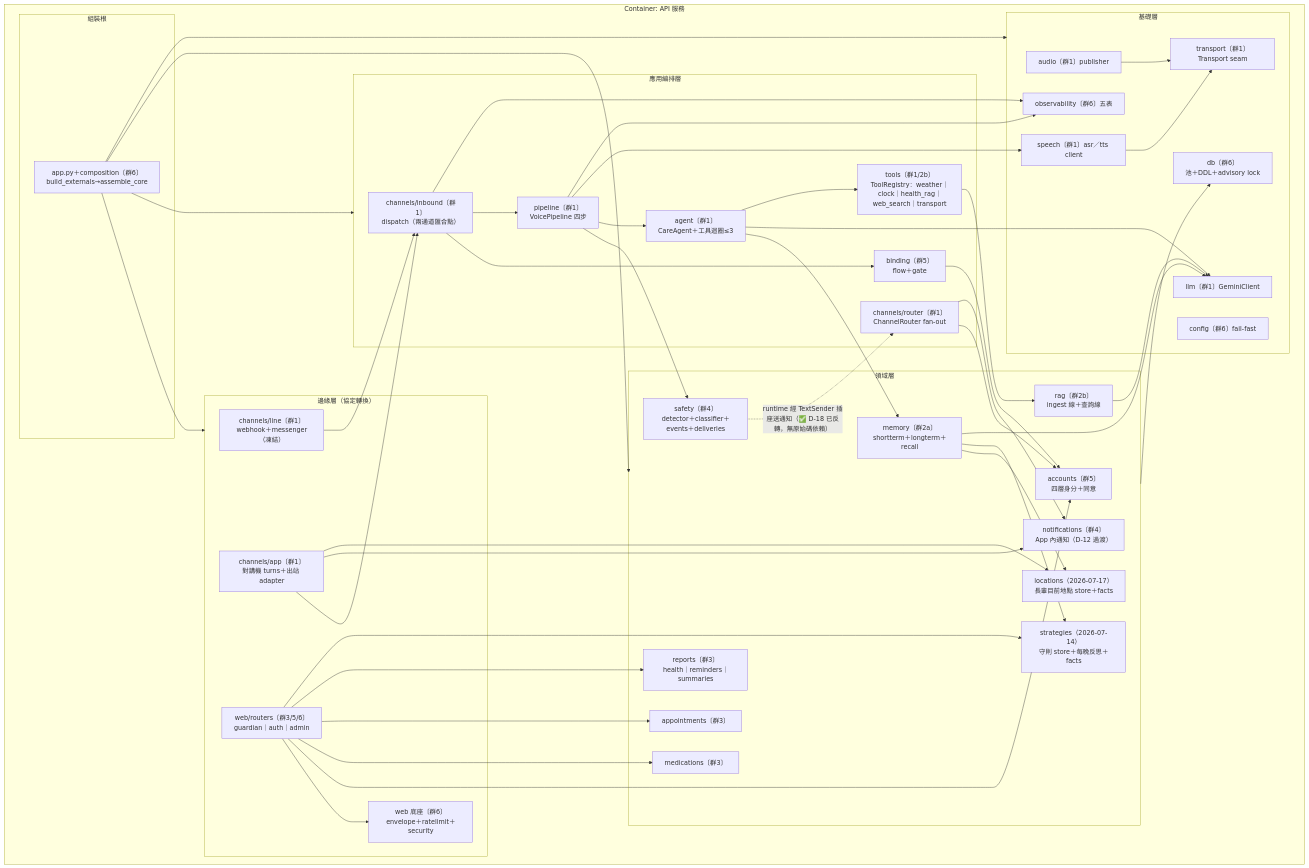
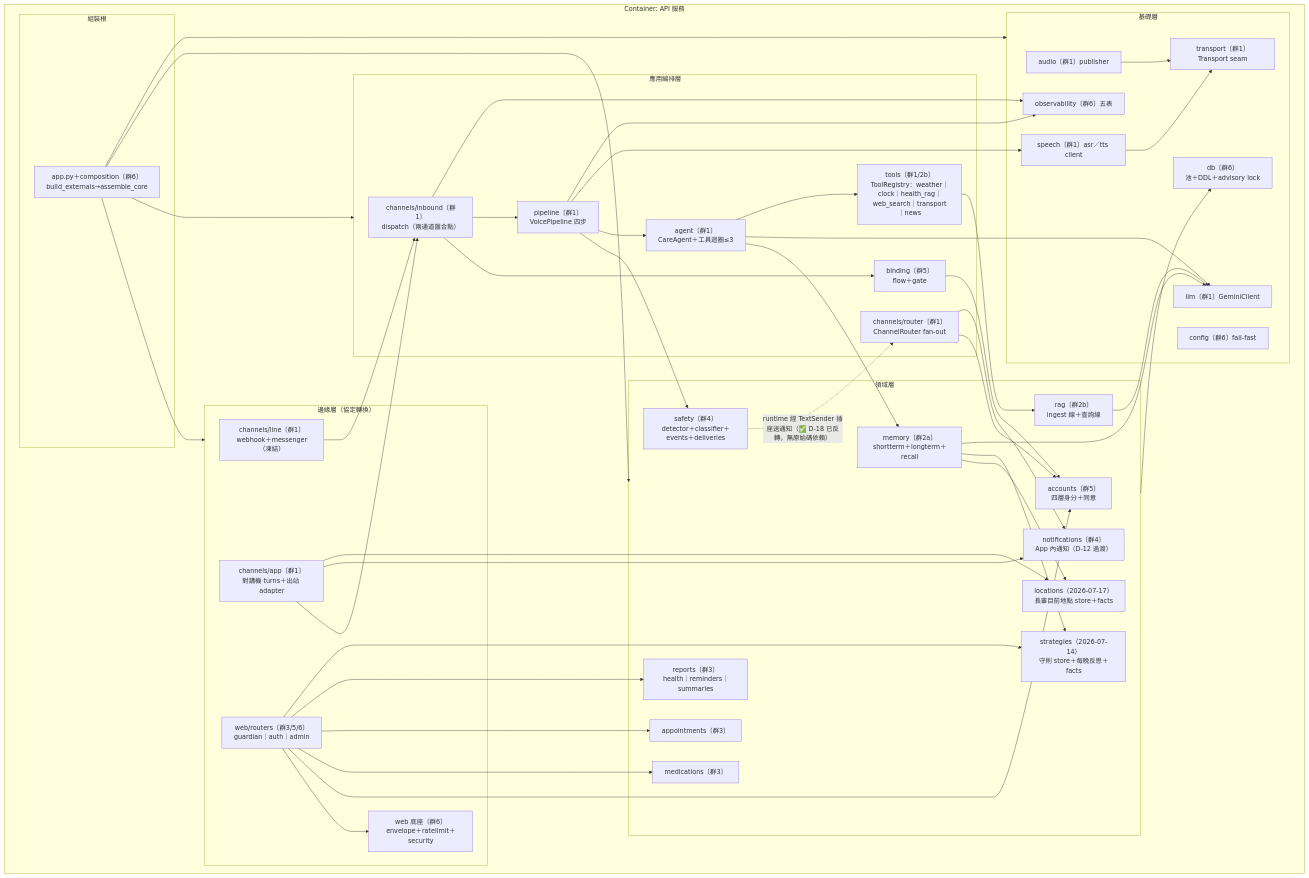
The fourth of 11 diagrams in docs/dev/05_架構與設計.md (leo53021313/kinsun), drawn with Mermaid before and after one commit. The commit also changed other lines of this file and 3 other files, not shown here.

````diff
--- a/docs/dev/05_架構與設計.md
+++ b/docs/dev/05_架構與設計.md
@@ -167,73 +167,73 @@
 ```mermaid
 flowchart TD
     subgraph container["Container: API 服務"]
         subgraph root["組裝根"]
             comp["app.py＋composition〔群6〕<br/>build_externals→assemble_core"]
         end
         subgraph edge["邊緣層（協定轉換）"]
             linech["channels/line〔群1〕<br/>webhook＋messenger（凍結）"]
             appch["channels/app〔群1〕<br/>對講機 turns＋出站 adapter"]
             webapi["web/routers〔群3/5/6〕<br/>guardian｜auth｜admin"]
             webbase["web 底座〔群6〕<br/>envelope＋ratelimit＋security"]
         end
         subgraph orch["應用編排層"]
             inbound["channels/inbound〔群1〕<br/>dispatch（兩通道匯合點）"]
             pipeline["pipeline〔群1〕<br/>VoicePipeline 四步"]
             agent["agent〔群1〕<br/>CareAgent＋工具迴圈≤3"]
-            tools["tools〔群1/2b〕<br/>ToolRegistry：weather｜clock｜health_rag｜web_search｜transport"]
+            tools["tools〔群1/2b〕<br/>ToolRegistry：weather｜clock｜health_rag｜web_search｜transport｜news"]
             router["channels/router〔群1〕<br/>ChannelRouter fan-out"]
             binding["binding〔群5〕<br/>flow＋gate"]
         end
         subgraph domain["領域層"]
             accounts["accounts〔群5〕<br/>四層身分＋同意"]
             meds["medications〔群3〕"]
             appts["appointments〔群3〕"]
             reports["reports〔群3〕<br/>health｜reminders｜summaries"]
             safety["safety〔群4〕<br/>detector＋classifier＋events＋deliveries"]
             memory["memory〔群2a〕<br/>shortterm＋longterm＋recall"]
             rag["rag〔群2b〕<br/>ingest 線＋查詢線"]
             notif["notifications〔群4〕<br/>App 內通知（D-12 過渡）"]
             loc["locations（2026-07-17）<br/>長輩目前地點 store＋facts"]
             strat["strategies（2026-07-14）<br/>守則 store＋每晚反思＋facts"]
         end
         subgraph infra["基礎層"]
             dbmod["db〔群6〕<br/>池＋DDL＋advisory lock"]
             llm["llm〔群1〕GeminiClient"]
             speech["speech〔群1〕asr／tts client"]
             transport["transport〔群1〕Transport seam"]
             audio["audio〔群1〕publisher"]
             obs["observability〔群6〕五表"]
             config["config〔群6〕fail-fast"]
         end
     end
 
     comp --> edge & orch & domain & infra
     linech --> inbound
     appch --> inbound
     appch --> notif
     webapi --> webbase
     inbound --> binding
     inbound --> pipeline
     pipeline --> safety
     pipeline --> agent
     pipeline --> speech
     agent --> memory
     agent --> llm
     agent --> tools
     tools --> rag
     webapi --> accounts & meds & appts & reports
     webapi --> strat
     appch --> loc
     memory --> loc & strat
     binding --> accounts
     router --> accounts
     router --> notif
     safety -. "runtime 經 TextSender 插座送通知（✅ D-18 已反轉，無原始碼依賴）" .-> router
     domain --> dbmod
     memory --> llm
     rag --> llm
     speech --> transport
     audio --> transport
     pipeline --> obs
     inbound --> obs
 ```
````
